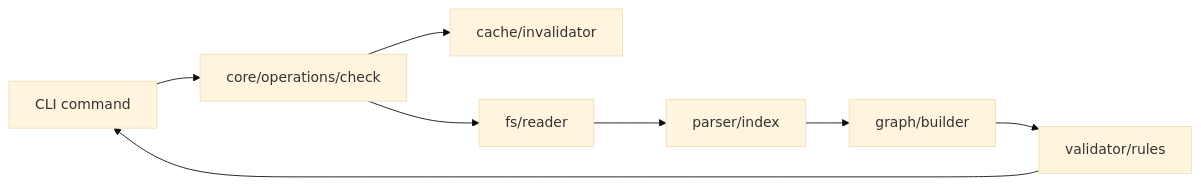
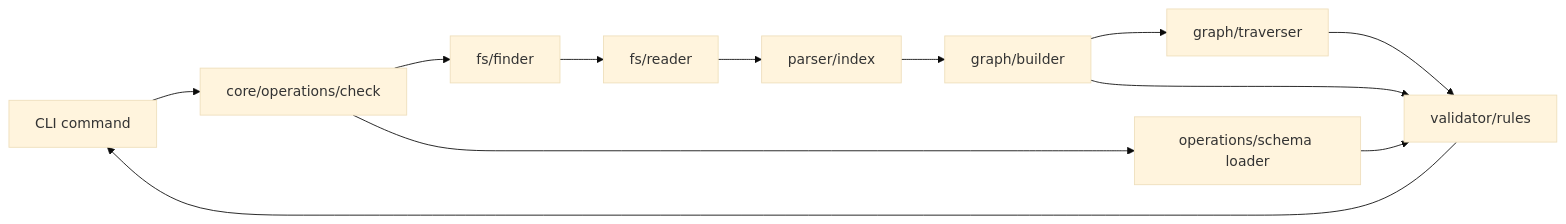
One commit to stemdev-hub/cli changed the first of 2 diagrams in docs/prd.md. Above: the diagram before and after it, drawn with Mermaid (base theme). The commit also changed other lines of this file and 3 other files, not shown here.

````diff
--- a/docs/prd.md
+++ b/docs/prd.md
@@ -324,10 +324,14 @@
 ```mermaid
 flowchart LR
   CLI["CLI command"] --> Ops["core/operations/check"]
-  Ops --> Cache["cache/invalidator"]
-  Ops --> Reader["fs/reader"]
+  Ops --> Finder["fs/finder"]
+  Finder --> Reader["fs/reader"]
+  Ops --> SchemaLoader["operations/schema loader"]
   Reader --> Parser["parser/index"]
   Parser --> Graph["graph/builder"]
+  Graph --> Traverser["graph/traverser"]
   Graph --> Validator["validator/rules"]
+  SchemaLoader --> Validator
+  Traverser --> Validator
   Validator --> CLI
 ```
````
